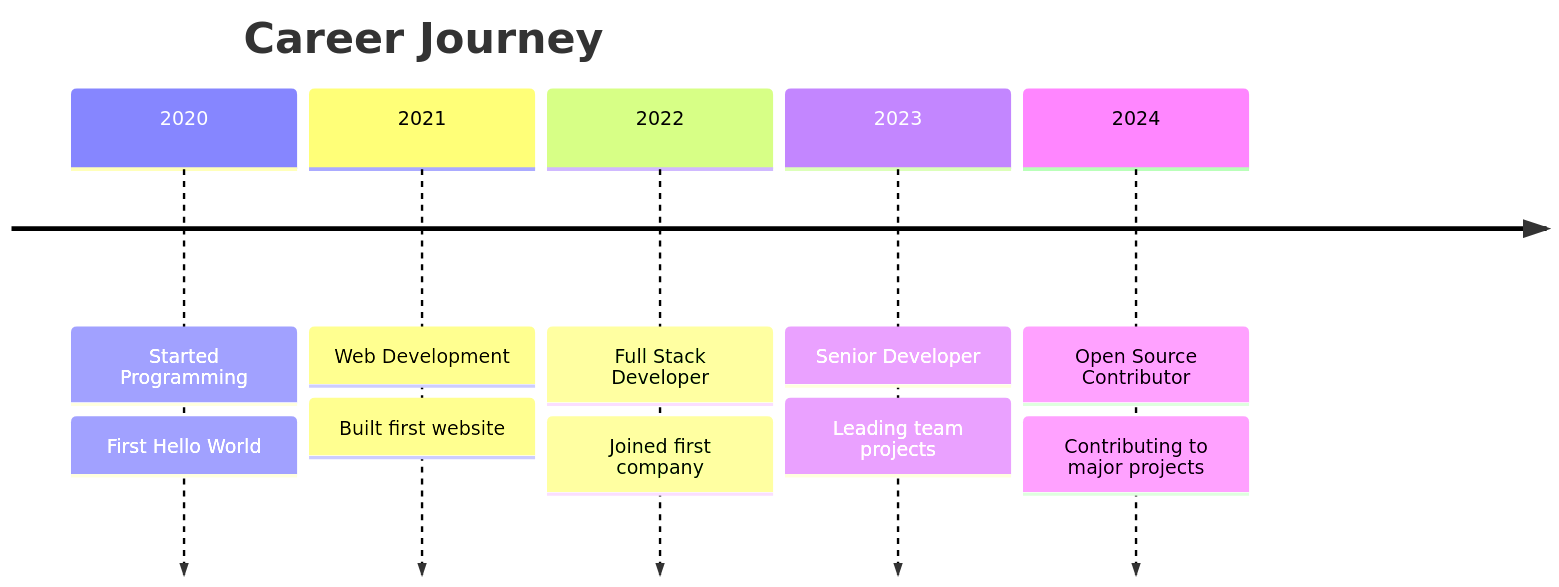
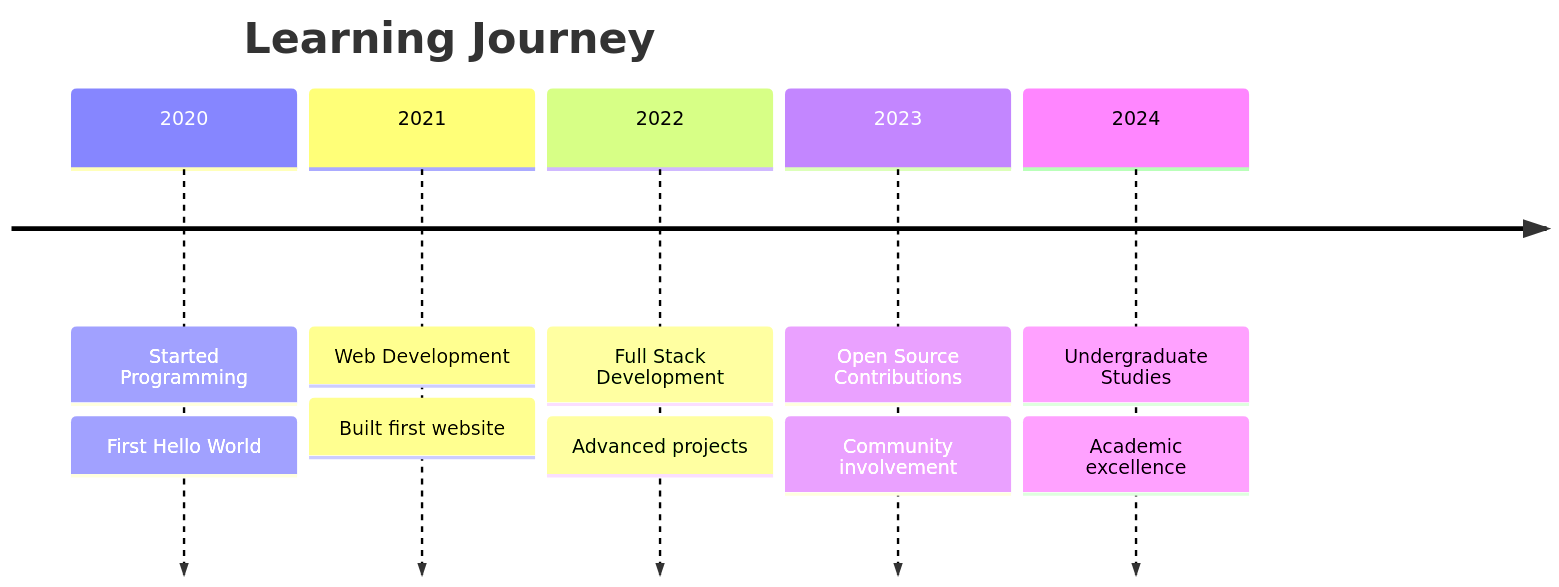
One commit to janudavisith/janudavisith changed the diagram in README.md. Above: the diagram before and after it, drawn with Mermaid. The commit also changed other lines of this file, not shown here.

````diff
--- a/README.md
+++ b/README.md
@@ -86,14 +85,14 @@
 ```mermaid
 timeline
-    title Career Journey
+    title Learning Journey
     2020 : Started Programming
          : First Hello World
     2021 : Web Development
          : Built first website
-    2022 : Full Stack Developer
-         : Joined first company
-    2023 : Senior Developer
-         : Leading team projects
-    2024 : Open Source Contributor
-         : Contributing to major projects
+    2022 : Full Stack Development
+         : Advanced projects
+    2023 : Open Source Contributions
+         : Community involvement
+    2024 : Undergraduate Studies
+         : Academic excellence
 ```
````
